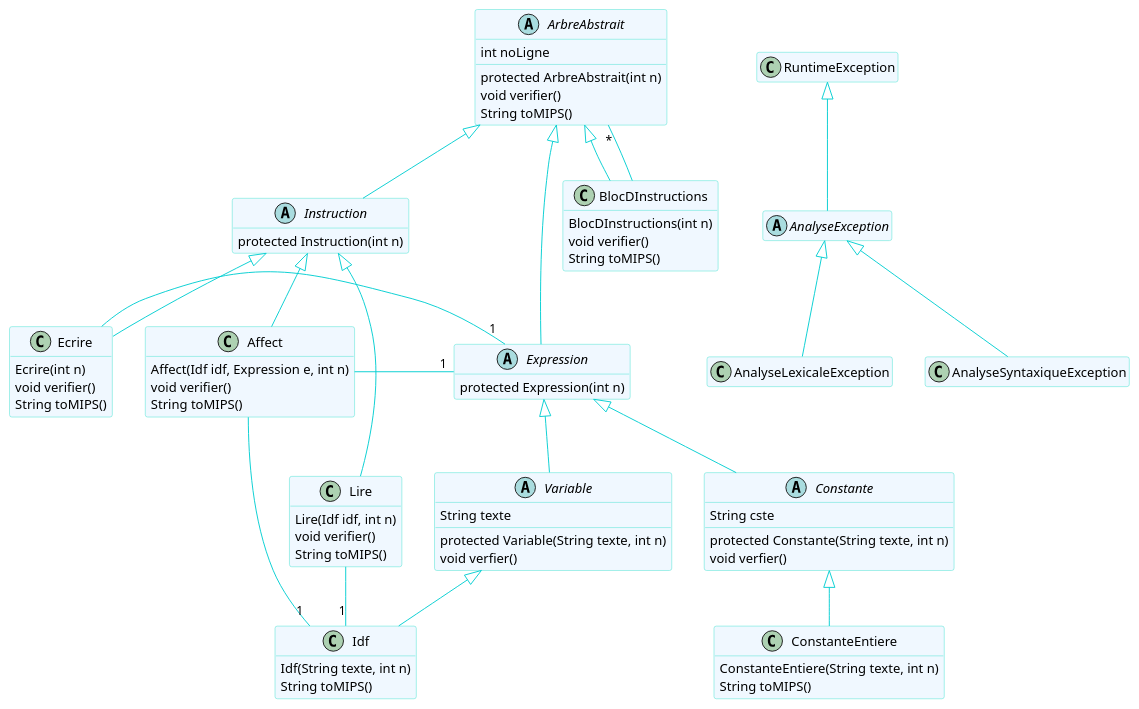
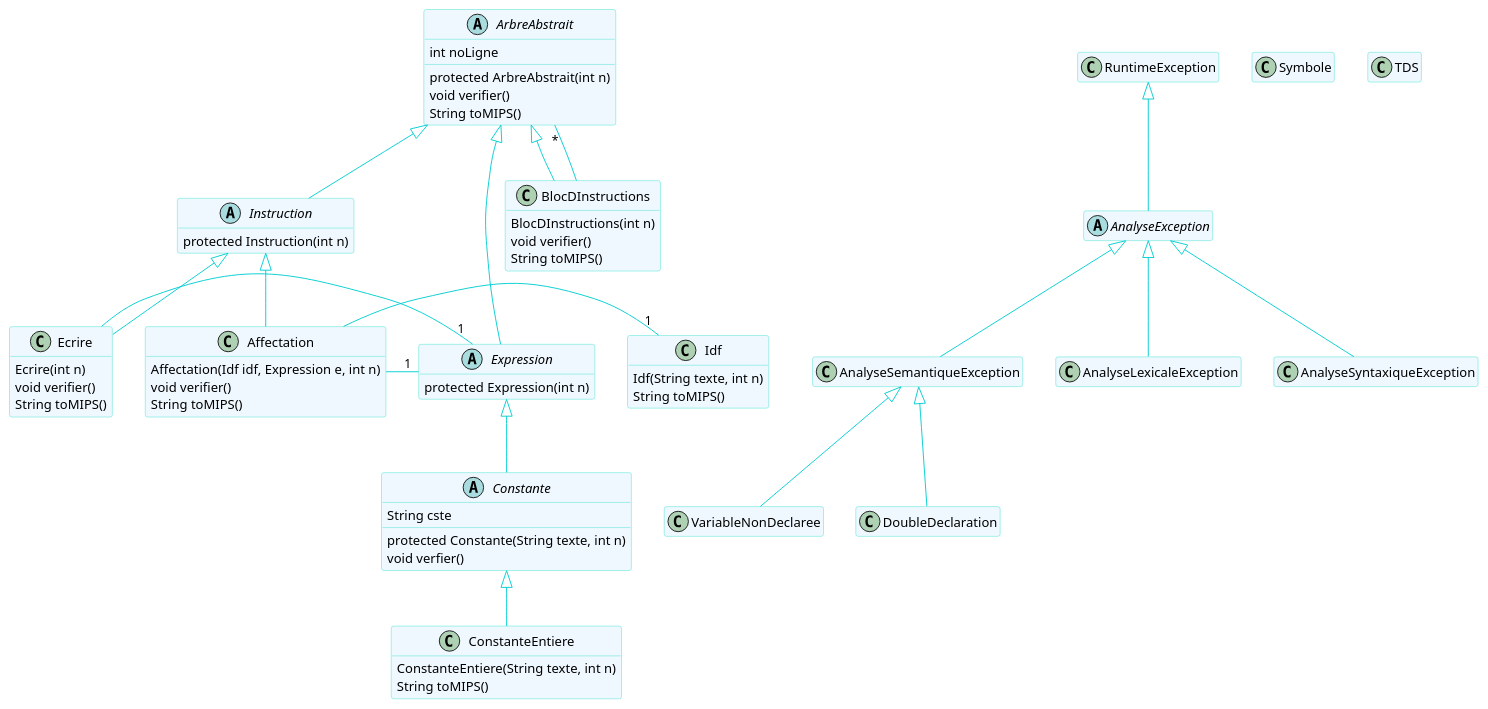
One commit to Amaroke/CompilateurZoot changed the diagram in diagramme/code/diagramme.puml. Above: the diagram before and after it, drawn with PlantUML. The commit also changed 1 other file, not shown here.

Commit message:
Modification du diagramme de classes

```diff
--- a/diagramme/code/diagramme.puml
+++ b/diagramme/code/diagramme.puml
@@ -1,108 +1,101 @@
 @startuml
 skinparam class {
 BackgroundColor AliceBlue
 ArrowColor DarkTurquoise
 BorderColor Turquoise
 }
 
 skinparam stereotypeCBackgroundColor DarkTurquoise
 skinparam stereotypeIBackgroundColor Magenta
 skinparam stereotypeABackgroundColor Yellow
 
 hide stereotype
 hide empty member
 
 abstract class AnalyseException
 
 AnalyseException -up-|> RuntimeException
 
 AnalyseLexicaleException -up-|> AnalyseException
 AnalyseSyntaxiqueException -up-|> AnalyseException
+AnalyseSemantiqueException -up-|> AnalyseException
+VariableNonDeclaree -up-|> AnalyseSemantiqueException
+DoubleDeclaration -up-|> AnalyseSemantiqueException
 
 abstract class ArbreAbstrait {
    int noLigne
    protected ArbreAbstrait(int n)
    void verifier()
    String toMIPS()
 }
 
 class BlocDInstructions {
    BlocDInstructions(int n)
    void verifier()
    String toMIPS()
 }
 
 BlocDInstructions -up-|> ArbreAbstrait
 BlocDInstructions -up- "*" ArbreAbstrait
 
 abstract class Instruction {
    protected Instruction(int n)
 }
 
 Instruction -up-|> ArbreAbstrait
 
 class Ecrire {
    Ecrire(int n)
    void verifier()
    String toMIPS()
 }
 
 Ecrire  -up-|> Instruction
 
-class Affect {
-   Affect(Idf idf, Expression e, int n)
+class Affectation {
+   Affectation(Idf idf, Expression e, int n)
    void verifier()
    String toMIPS()
 }
 
-Affect  -up-|> Instruction
-Affect - "1" Expression
-Affect - "1" Idf
-
-class Lire {
-   Lire(Idf idf, int n)
-   void verifier()
-   String toMIPS()
-}
-
-Lire  -up-|> Instruction
-Lire - "1" Idf
+Affectation  -up-|> Instruction
+Affectation - "1" Expression
+Affectation - "1" Idf
 
 abstract class Expression {
    protected Expression(int n)
 }
 
 Expression  -up-|> ArbreAbstrait
 Ecrire - "1" Expression
 
 abstract class Constante {
    String cste
    protected Constante(String texte, int n)
    void verfier()
 }
 
 Constante  -up-|> Expression
 
 
 class ConstanteEntiere {
    ConstanteEntiere(String texte, int n)
    String toMIPS()
 }
 
 ConstanteEntiere  -up-|> Constante
 
-abstract class Variable {
-   String texte
-   protected Variable(String texte, int n)
-   void verfier()
-}
-
-Variable  -up-|> Expression
 
 class Idf {
    Idf(String texte, int n)
    String toMIPS()
 }
 
-Idf  -up-|> Variable
+class Symbole {
+}
+
+class TDS{
+}
+
+
 @enduml
```
